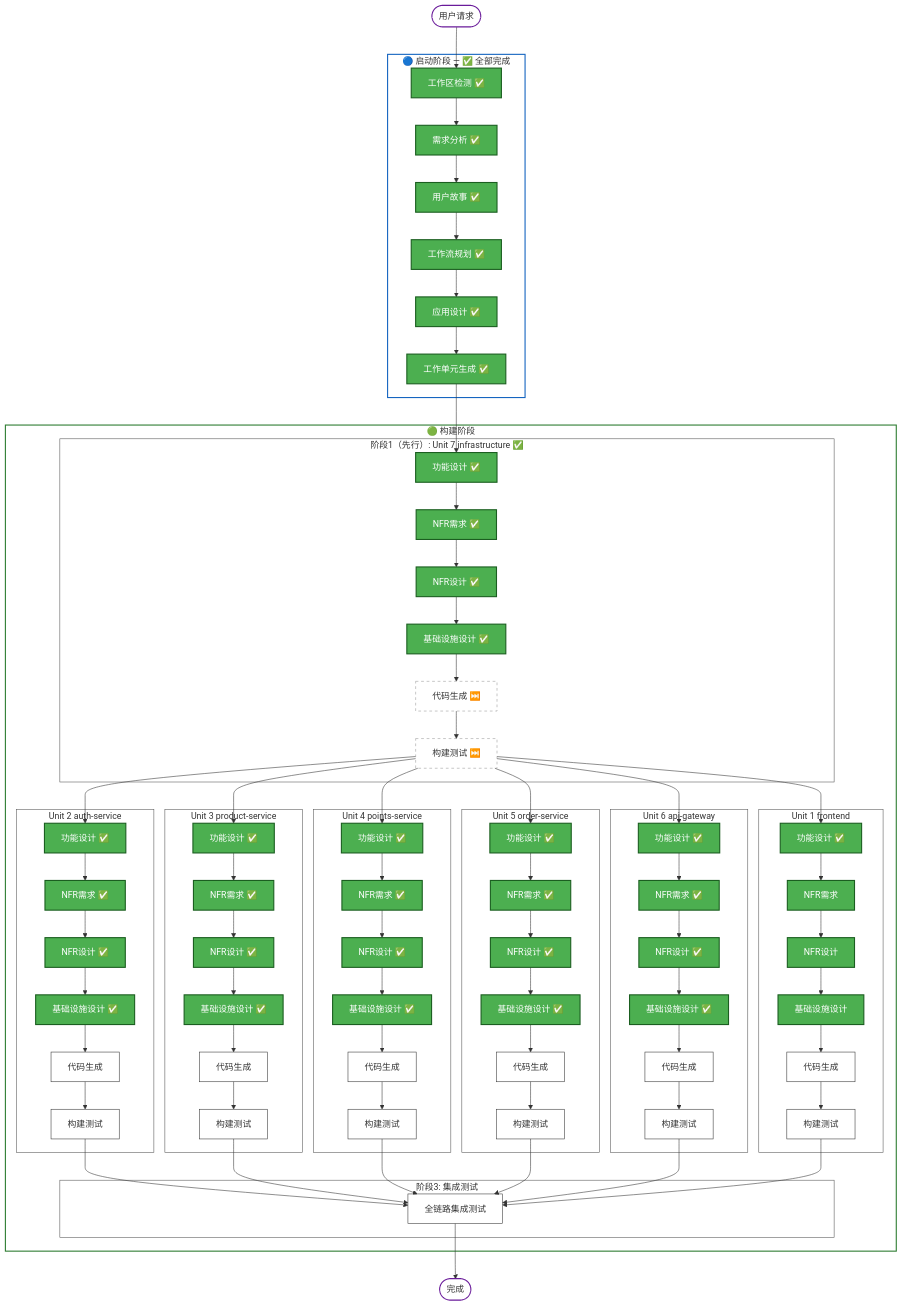
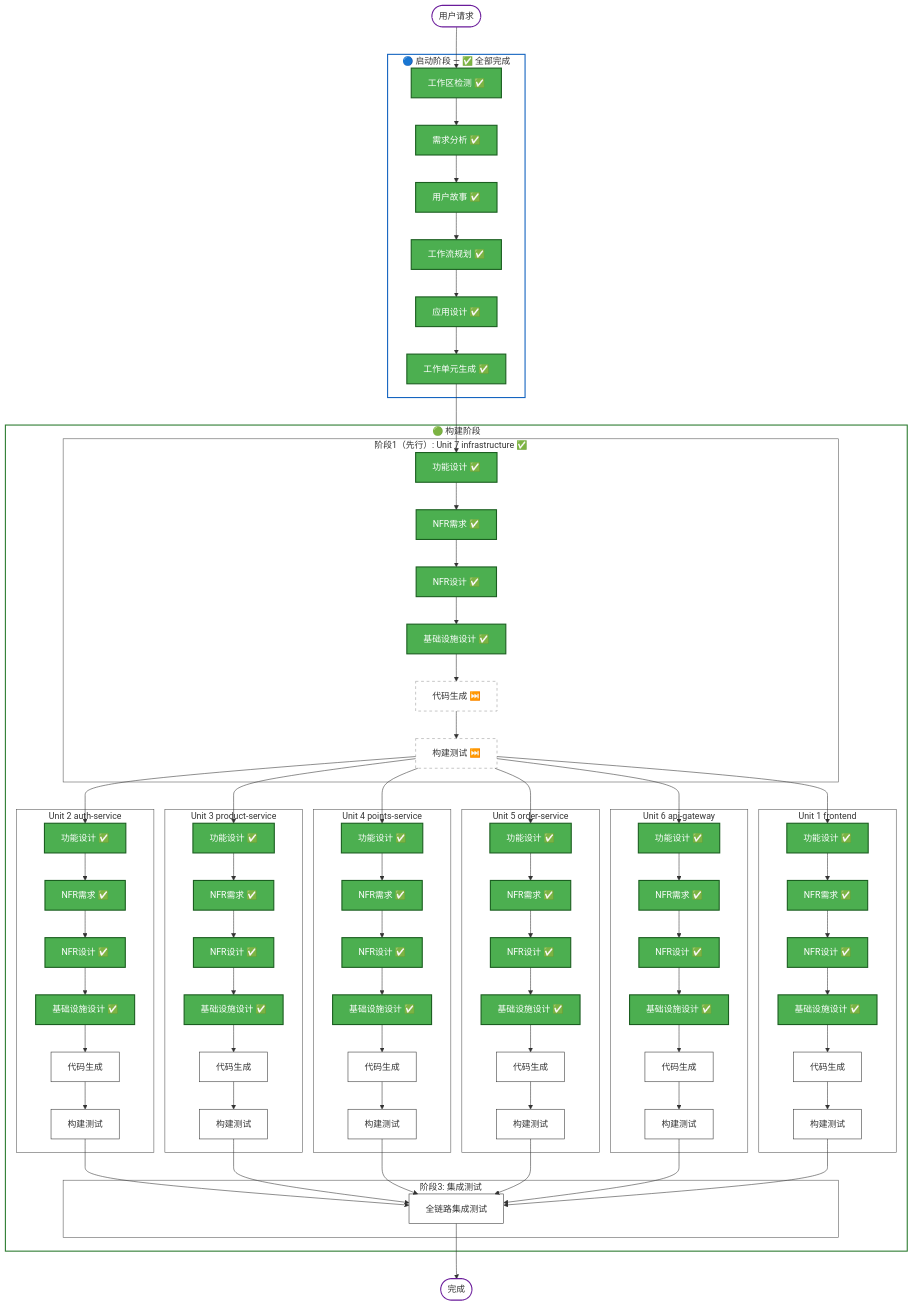
One commit to ddpie/awsome-shop-plan changed the diagram in aidlc-docs/inception/plans/execution-plan.md. Above: the diagram before and after it, drawn with Mermaid. The commit also changed 28 other files, not shown here.

```diff
--- a/aidlc-docs/inception/plans/execution-plan.md
+++ b/aidlc-docs/inception/plans/execution-plan.md
@@ -87,9 +87,9 @@
 
         subgraph P2_U1["Unit 1 frontend"]
             U1_FD["功能设计 ✅"]
-            U1_NFR["NFR需求"]
-            U1_NFRD["NFR设计"]
-            U1_ID["基础设施设计"]
+            U1_NFR["NFR需求 ✅"]
+            U1_NFRD["NFR设计 ✅"]
+            U1_ID["基础设施设计 ✅"]
             U1_CG["代码生成"]
             U1_BT["构建测试"]
         end
```
